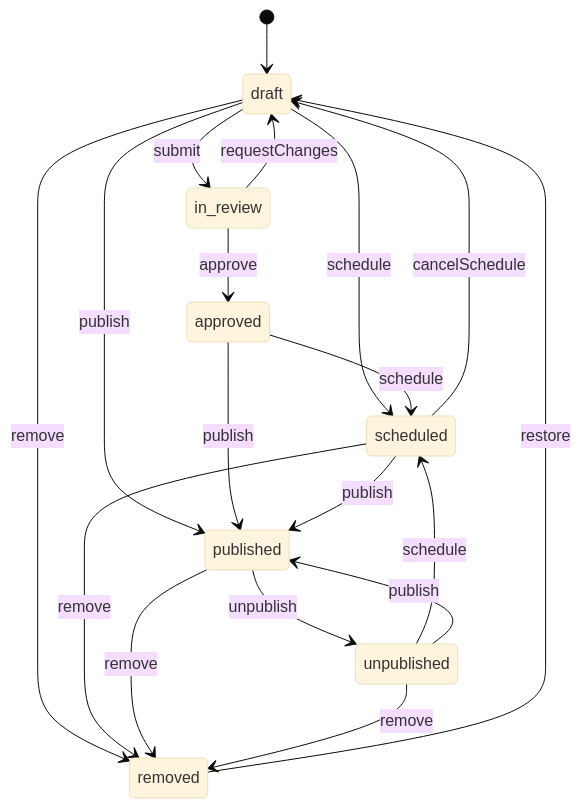
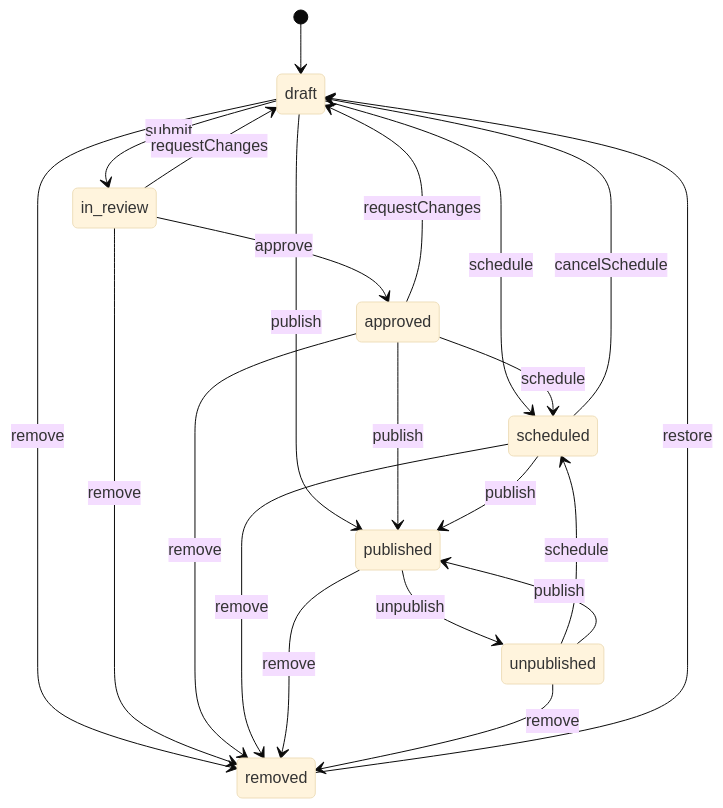
The first of 2 diagrams in backend/src/modules/content/README.md (Virus-777/ecommerce), drawn with Mermaid (base theme) before and after one commit. The commit also changed other lines of this file and 12 other files, not shown here.

````diff
--- a/backend/src/modules/content/README.md
+++ b/backend/src/modules/content/README.md
@@ -840,21 +1000,24 @@
 ```mermaid
 stateDiagram-v2
   [*] --> draft
   draft --> in_review: submit
   in_review --> approved: approve
   in_review --> draft: requestChanges
+  approved --> draft: requestChanges
   draft --> scheduled: schedule
   approved --> scheduled: schedule
   draft --> published: publish
   approved --> published: publish
   scheduled --> published: publish
   scheduled --> draft: cancelSchedule
   published --> unpublished: unpublish
   draft --> removed: remove
+  in_review --> removed: remove
+  approved --> removed: remove
   scheduled --> removed: remove
   published --> removed: remove
   unpublished --> scheduled: schedule
   unpublished --> published: publish
   unpublished --> removed: remove
   removed --> draft: restore
 ```
````
